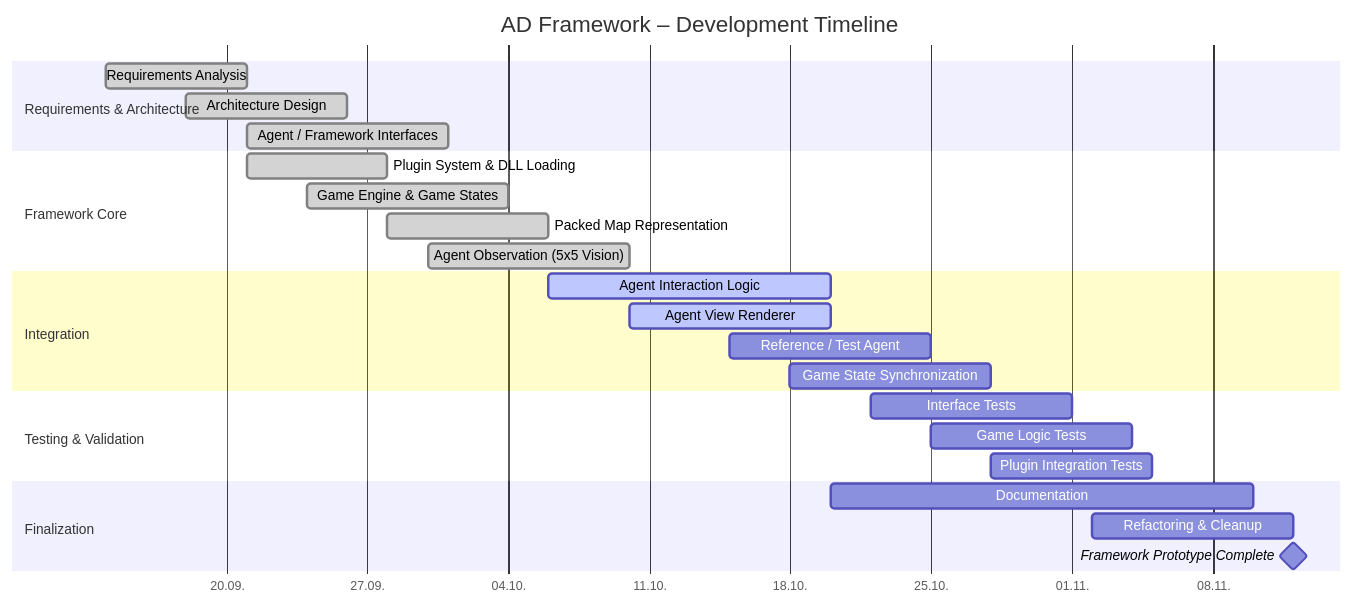
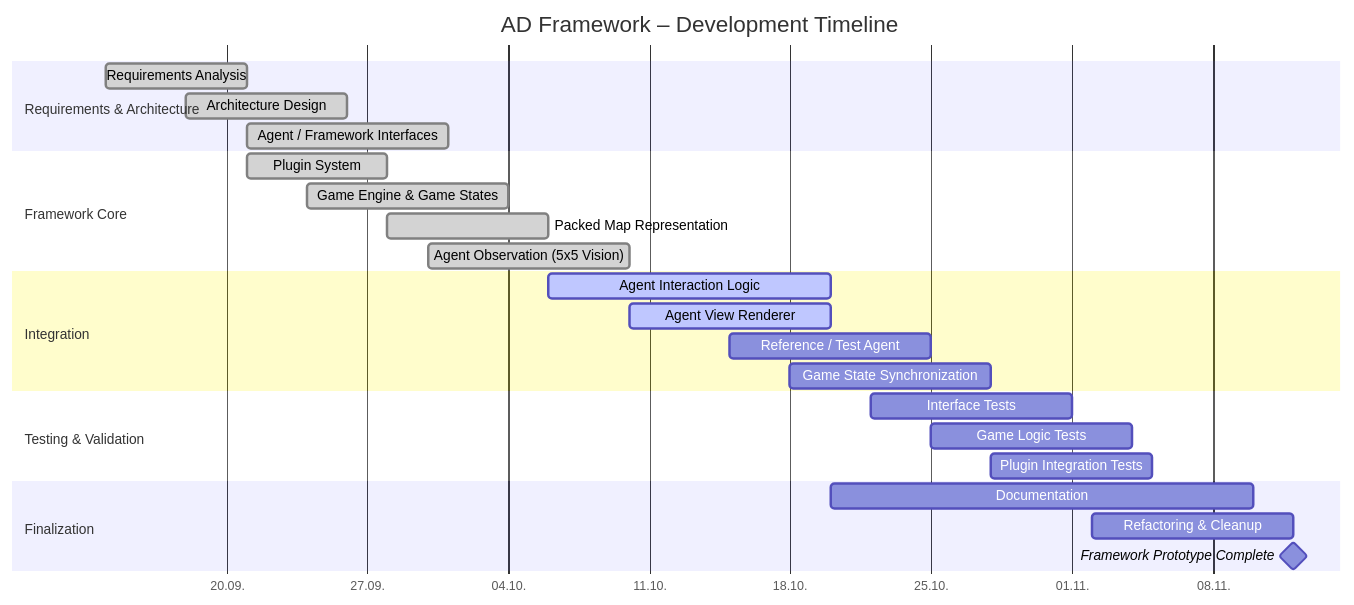
One commit to kaleo22/AD-Framework changed the diagram in README.md. Above: the diagram before and after it, drawn with Mermaid. The commit also changed other lines of this file and 22 other files, not shown here.

````diff
--- a/README.md
+++ b/README.md
@@ -10,33 +120,33 @@
 ```mermaid
 gantt
     title AD Framework – Development Timeline
     dateFormat  YYYY-MM-DD
     axisFormat  %d.%m.
 
     section Requirements & Architecture
     Requirements Analysis             :done, req,  2026-09-14, 7d
     Architecture Design               :done, arch, 2026-09-18, 8d
     Agent / Framework Interfaces      :done, intf, 2026-09-21, 10d
 
     section Framework Core
-    Plugin System & DLL Loading       :done, plug, 2026-09-21, 7d
+    Plugin System                     :done, plug, 2026-09-21, 7d
     Game Engine & Game States         :done, eng,  2026-09-24, 10d
     Packed Map Representation         :done, map,  2026-09-28, 8d
     Agent Observation (5x5 Vision)    :done, obs,  2026-09-30, 10d
 
     section Integration
     Agent Interaction Logic           :active, interact, 2026-10-06, 14d
     Agent View Renderer               :active, render, 2026-10-10, 10d
     Reference / Test Agent            :agent, 2026-10-15, 10d
     Game State Synchronization        :sync,  2026-10-18, 10d
 
     section Testing & Validation
     Interface Tests                   :tests, 2026-10-22, 10d
     Game Logic Tests                  :logic, 2026-10-25, 10d
     Plugin Integration Tests          :ptest, 2026-10-28, 8d
 
     section Finalization
     Documentation                     :docs, 2026-10-20, 21d
     Refactoring & Cleanup             :clean, 2026-11-02, 10d
     Framework Prototype Complete      :milestone, m1, 2026-11-12, 0d
 ```
````
